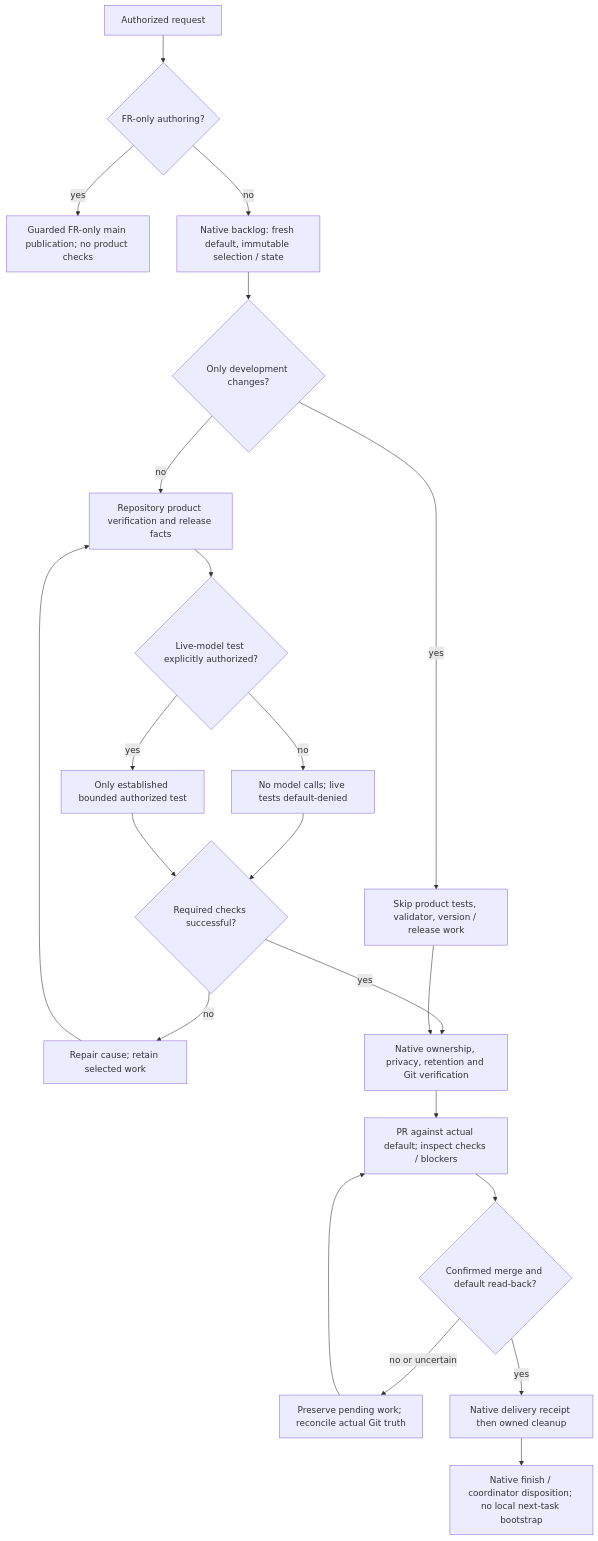
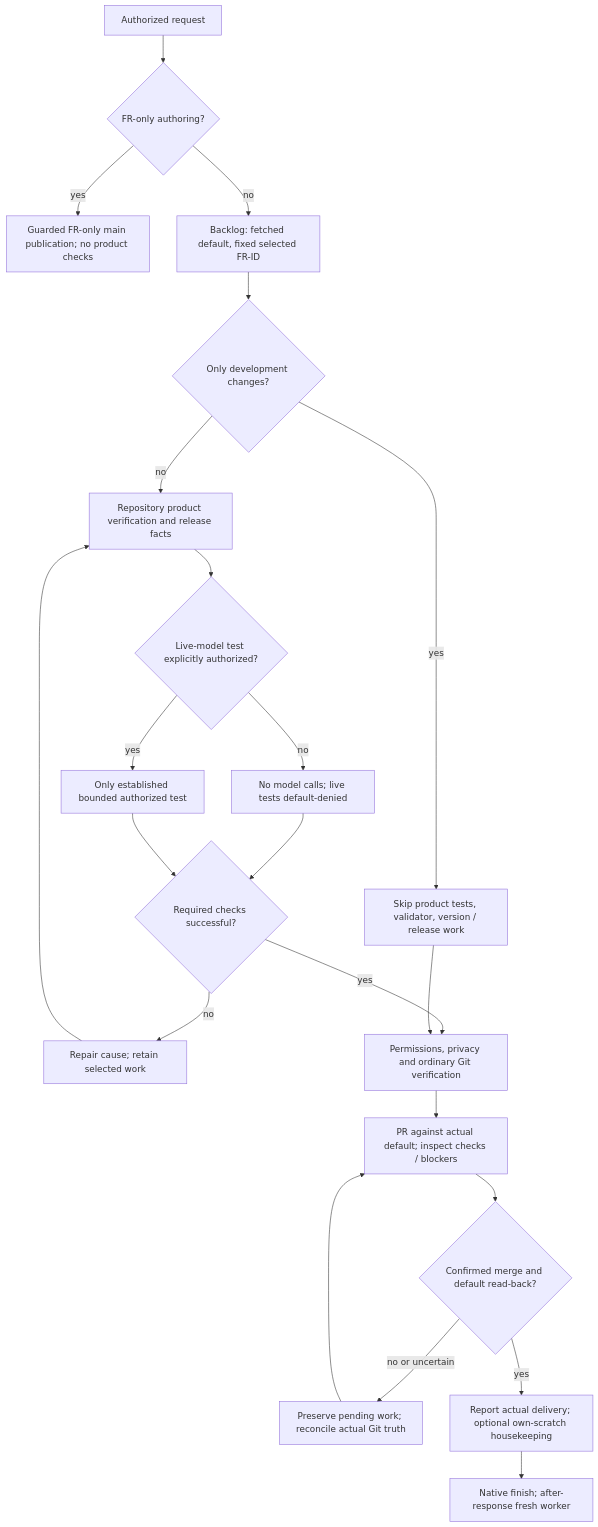
One commit to qstoffe/cost-guard changed the second of 2 diagrams in development/architecture/OVERVIEW.md. Above: the diagram before and after it, drawn with Mermaid. The commit also changed other lines of this file and 8 other files, not shown here.

````diff
--- a/development/architecture/OVERVIEW.md
+++ b/development/architecture/OVERVIEW.md
@@ -122,24 +122,24 @@
 ```mermaid
 flowchart TD
     request["Authorized request"] --> author{"FR-only authoring?"}
     author -->|yes| publish["Guarded FR-only main publication; no product checks"]
-    author -->|no| select["Native backlog: fresh default, immutable selection / state"]
+    author -->|no| select["Backlog: fetched default, fixed selected FR-ID"]
     select --> scope{"Only development changes?"}
     scope -->|yes| skip["Skip product tests, validator, version / release work"]
     scope -->|no| product["Repository product verification and release facts"]
     product --> live{"Live-model test explicitly authorized?"}
     live -->|no| denied["No model calls; live tests default-denied"]
     live -->|yes| bounded["Only established bounded authorized test"]
     denied --> outcome{"Required checks successful?"}
     bounded --> outcome
     outcome -->|no| repair["Repair cause; retain selected work"]
     repair --> product
-    outcome -->|yes| safe["Native ownership, privacy, retention and Git verification"]
+    outcome -->|yes| safe["Permissions, privacy and ordinary Git verification"]
     skip --> safe
     safe --> pr["PR against actual default; inspect checks / blockers"]
     pr --> truth{"Confirmed merge and default read-back?"}
     truth -->|no or uncertain| preserve["Preserve pending work; reconcile actual Git truth"]
     preserve --> pr
-    truth -->|yes| delivery["Native delivery receipt then owned cleanup"]
-    delivery --> finish["Native finish / coordinator disposition; no local next-task bootstrap"]
+    truth -->|yes| delivery["Report actual delivery; optional own-scratch housekeeping"]
+    delivery --> finish["Native finish; after-response fresh worker"]
 ```
````
